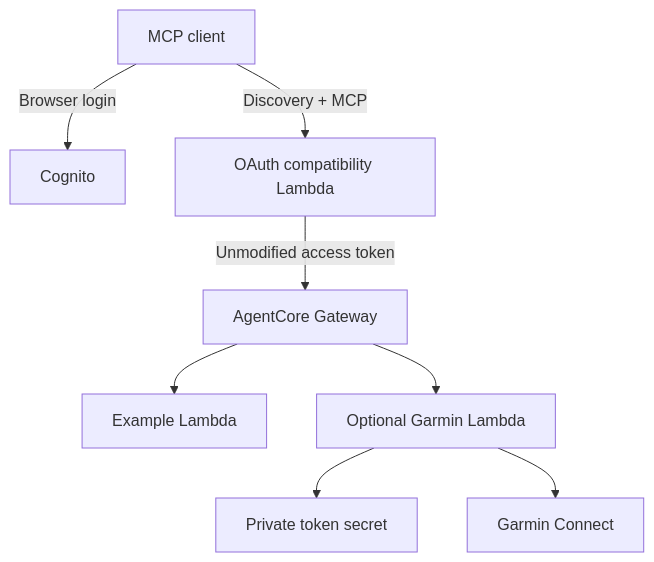
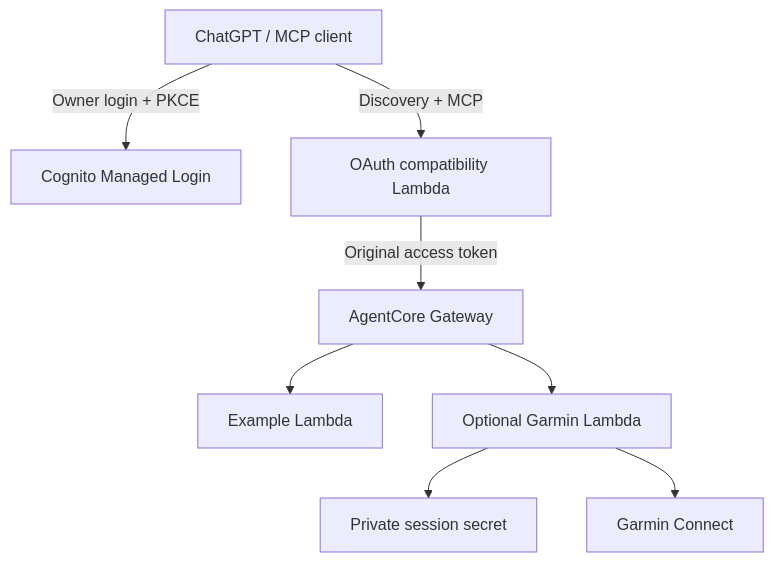
Before and after one commit to giulionenna/mcp-serverless-kit: the diagram in README.md, drawn with Mermaid. The commit also changed other lines of this file and 4 other files, not shown here.

Commit message:
Document agent-guided AWS and ChatGPT setup from account creation to real tools

````diff
--- a/README.md
+++ b/README.md
@@ -19,10 +504,10 @@
 ```mermaid
 flowchart TD
-    Client["MCP client"] -->|"Browser login"| Cognito["Cognito"]
+    Client["ChatGPT / MCP client"] -->|"Owner login + PKCE"| Cognito["Cognito Managed Login"]
     Client -->|"Discovery + MCP"| Adapter["OAuth compatibility Lambda"]
-    Adapter -->|"Unmodified access token"| Gateway["AgentCore Gateway"]
+    Adapter -->|"Original access token"| Gateway["AgentCore Gateway"]
     Gateway --> Example["Example Lambda"]
     Gateway --> Garmin["Optional Garmin Lambda"]
-    Garmin --> Secret["Private token secret"]
+    Garmin --> Secret["Private session secret"]
     Garmin --> Connect["Garmin Connect"]
 ```
````
